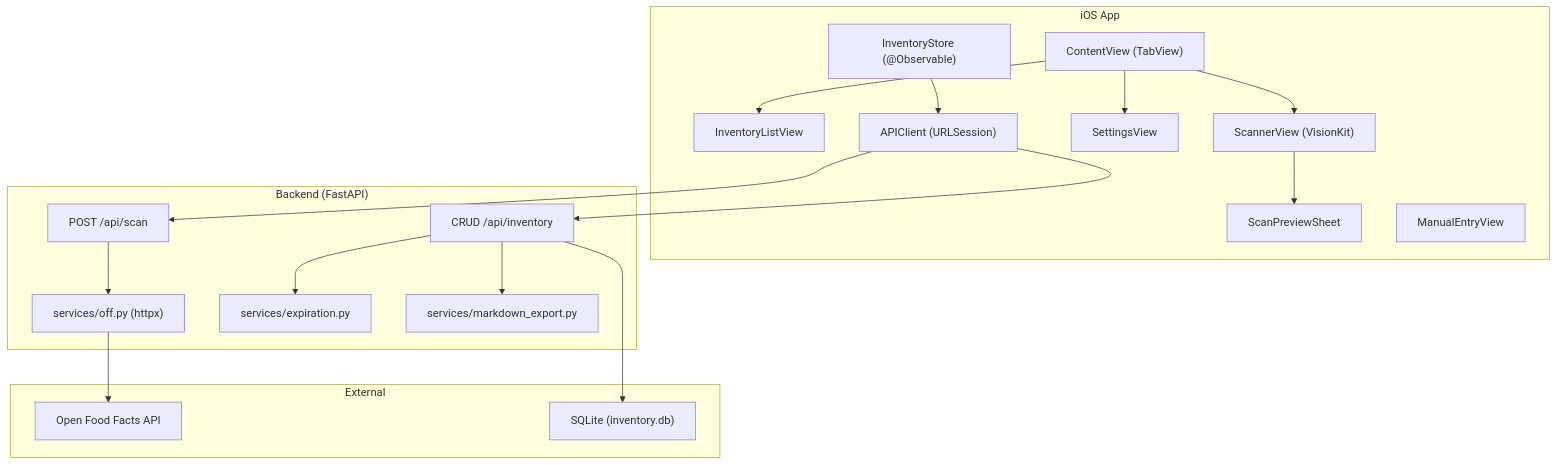
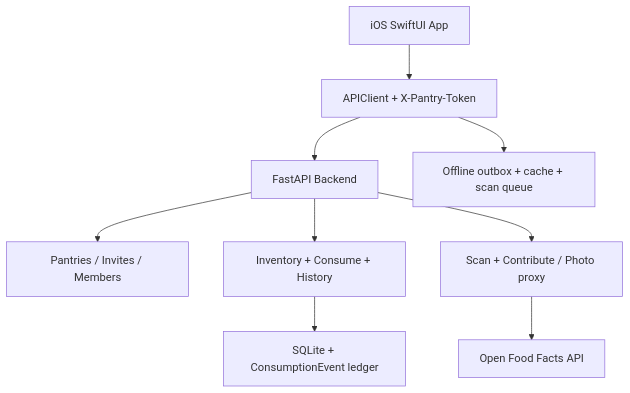
The diagram in wiki/overview.md (lorecanc/dispensapp), drawn with Mermaid before and after one commit. The commit also changed other lines of this file and 55 other files, not shown here.

First line of the commit message:
chore(checkpoint): wiki checkpoint — refresh docs for sharing, shopping, offline outbox, and iOS components

````diff
--- a/wiki/overview.md
+++ b/wiki/overview.md
@@ -62,39 +78,20 @@
 ```mermaid
 graph TD
-    subgraph "iOS App"
-        CV["ContentView (TabView)"]
-        ILV["InventoryListView"]
-        SV["ScannerView (VisionKit)"]
-        SPS["ScanPreviewSheet"]
-        MEV["ManualEntryView"]
-        STV["SettingsView"]
-        IS["InventoryStore (@Observable)"]
-        AC["APIClient (URLSession)"]
-    end
-
-    subgraph "Backend (FastAPI)"
-        SR["POST /api/scan"]
-        IR["CRUD /api/inventory"]
-        OFF["services/off.py (httpx)"]
-        EXP["services/expiration.py"]
-        MDE["services/markdown_export.py"]
-    end
-
-    subgraph "External"
-        OFF_API["Open Food Facts API"]
-        DB["SQLite (inventory.db)"]
-    end
-
-    CV --> ILV
-    CV --> SV
-    CV --> STV
-    SV --> SPS
-    IS --> AC
-    AC --> SR
-    AC --> IR
-    SR --> OFF
-    OFF --> OFF_API
-    IR --> EXP
-    IR --> MDE
-    IR --> DB
+    A["iOS SwiftUI App"]
+    B["APIClient + X-Pantry-Token"]
+    C["FastAPI Backend"]
+    D["Pantries / Invites / Members"]
+    E["Inventory + Consume + History"]
+    F["Scan + Contribute / Photo proxy"]
+    G["Open Food Facts API"]
+    H["SQLite + ConsumptionEvent ledger"]
+    I["Offline outbox + cache + scan queue"]
+    A --> B
+    B --> C
+    C --> D
+    C --> E
+    C --> F
+    F --> G
+    E --> H
+    B --> I
 ```
````
